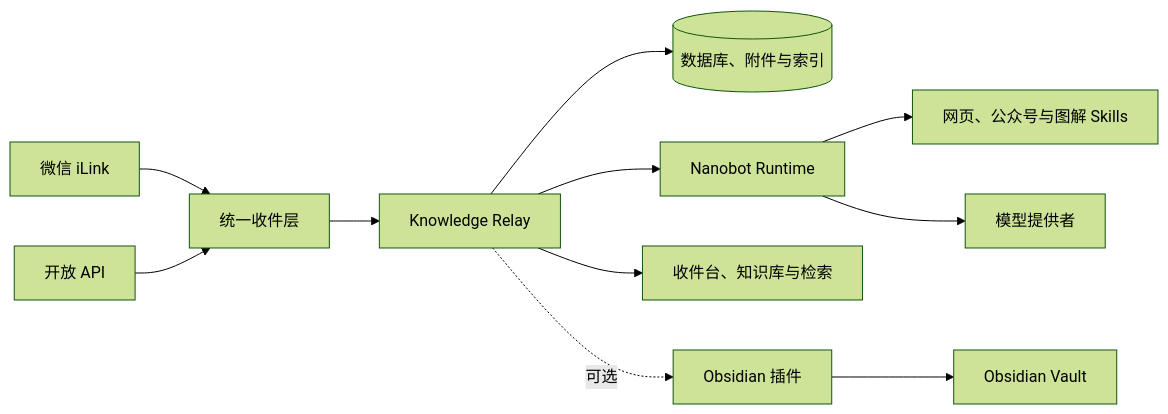
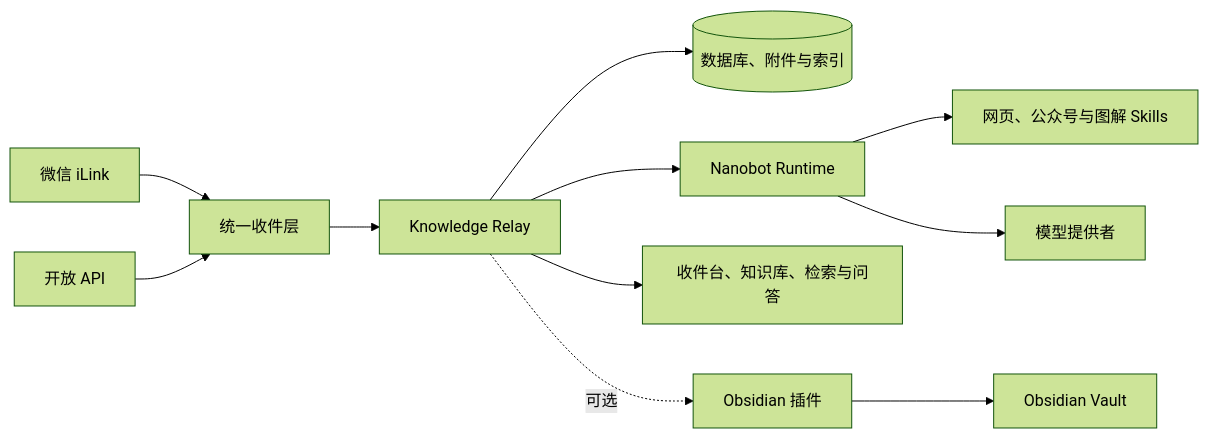
One commit to qianshulab/knowledge-relay changed the diagram in README.md. Above: the diagram before and after it, drawn with Mermaid (forest theme). The commit also changed other lines of this file and 25 other files, not shown here.

````diff
--- a/README.md
+++ b/README.md
@@ -46,13 +47,13 @@
 ```mermaid
 flowchart LR
     W["微信 iLink"] --> I["统一收件层"]
     A["开放 API"] --> I
     I --> K["Knowledge Relay"]
     K --> D[("数据库、附件与索引")]
     K --> N["Nanobot Runtime"]
     N --> S["网页、公众号与图解 Skills"]
     N --> M["模型提供者"]
-    K --> U["收件台、知识库与检索"]
+    K --> U["收件台、知识库、检索与问答"]
     K -. 可选 .-> O["Obsidian 插件"]
     O --> V["Obsidian Vault"]
 ```
````
